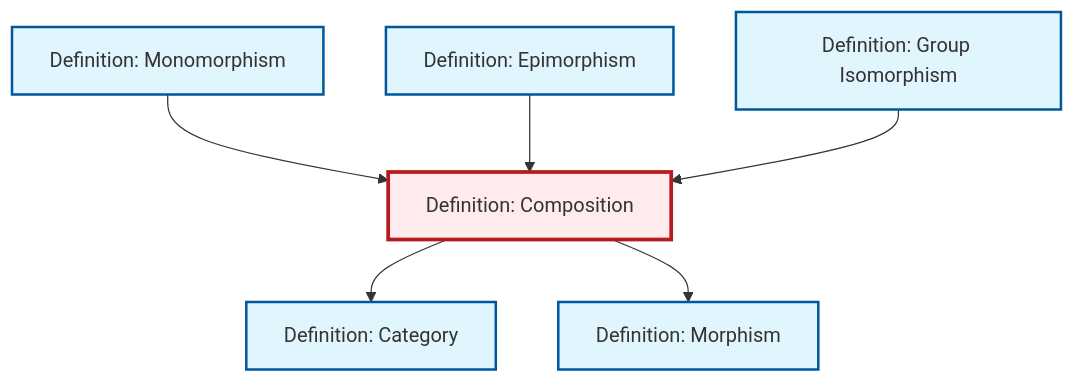
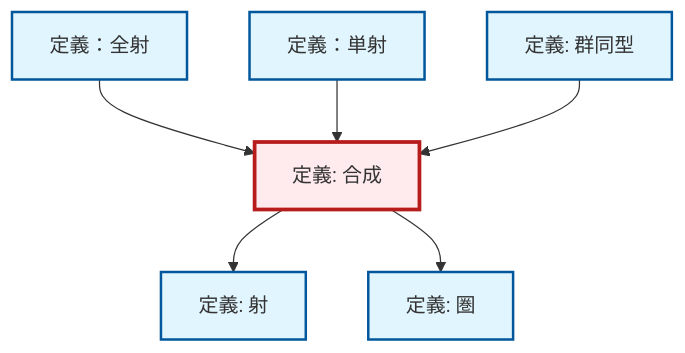
The diagram in content/ja/category-theory/def-composition.qmd (RK0429/ModernMath), drawn with Mermaid before and after one commit. The commit also changed 1069 other files, not shown here.

````diff
--- a/content/ja/category-theory/def-composition.qmd
+++ b/content/ja/category-theory/def-composition.qmd
@@ -93,26 +93,26 @@
 ```{mermaid}
 %%| fig-cap: "Local dependency graph"
 graph TD
     classDef definition fill:#e1f5fe,stroke:#01579b,stroke-width:2px
     classDef theorem fill:#f3e5f5,stroke:#4a148c,stroke-width:2px
     classDef axiom fill:#fff3e0,stroke:#e65100,stroke-width:2px
     classDef example fill:#e8f5e9,stroke:#1b5e20,stroke-width:2px
     classDef current fill:#ffebee,stroke:#b71c1c,stroke-width:3px
-    def-isomorphism["Definition: Group Isomorphism"]:::definition
-    def-epimorphism["Definition: Epimorphism"]:::definition
-    def-category["Definition: Category"]:::definition
-    def-morphism["Definition: Morphism"]:::definition
-    def-composition["Definition: Composition"]:::definition
-    def-monomorphism["Definition: Monomorphism"]:::definition
+    def-monomorphism["定義：単射"]:::definition
+    def-category["定義: 圏"]:::definition
+    def-epimorphism["定義：全射"]:::definition
+    def-isomorphism["定義: 群同型"]:::definition
+    def-composition["定義: 合成"]:::definition
+    def-morphism["定義: 射"]:::definition
+    def-epimorphism --> def-composition
+    def-composition --> def-morphism
     def-composition --> def-category
     def-monomorphism --> def-composition
-    def-epimorphism --> def-composition
-    def-composition --> def-morphism
     def-isomorphism --> def-composition
     class def-composition current
-    click def-isomorphism "def-isomorphism.html" "Definition: Group Isomorphismへ"
-    click def-epimorphism "def-epimorphism.html" "Definition: Epimorphismへ"
-    click def-category "def-category.html" "Definition: Categoryへ"
-    click def-morphism "def-morphism.html" "Definition: Morphismへ"
-    click def-monomorphism "def-monomorphism.html" "Definition: Monomorphismへ"
+    click def-monomorphism "def-monomorphism.html" "定義：単射へ"
+    click def-category "def-category.html" "圏の定義へ"
+    click def-epimorphism "def-epimorphism.html" "定義：全射へ"
+    click def-isomorphism "def-isomorphism.html" "群同型の定義へ"
+    click def-morphism "def-morphism.html" "射の定義へ"
 ```
````
